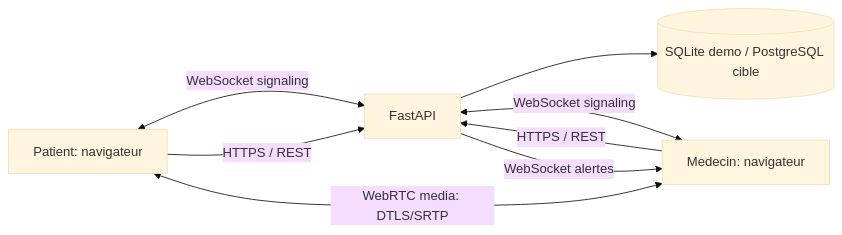
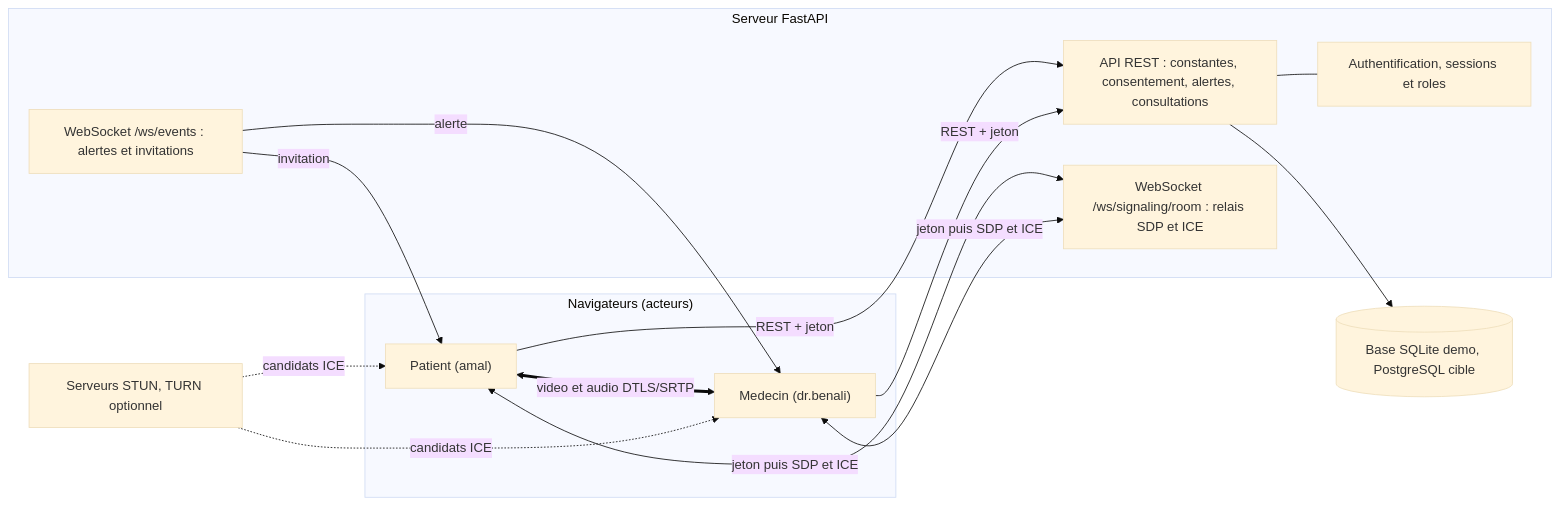
One commit to Marouan333/sahalink changed the first of 2 diagrams in docs/architecture.md. Above: the diagram before and after it, drawn with Mermaid (base theme). The commit also changed other lines of this file and 16 other files, not shown here.

````diff
--- a/docs/architecture.md
+++ b/docs/architecture.md
@@ -7,10 +9,27 @@
 ```mermaid
 flowchart LR
-  P[Patient: navigateur] -->|HTTPS / REST| API[FastAPI]
-  D[Medecin: navigateur] -->|HTTPS / REST| API
-  API --> DB[(SQLite demo / PostgreSQL cible)]
-  P <-->|WebRTC media: DTLS/SRTP| D
-  P <-->|WebSocket signaling| API
-  D <-->|WebSocket signaling| API
-  API -->|WebSocket alertes| D
+  subgraph Clients["Navigateurs (acteurs)"]
+    P["Patient (amal)"]
+    D["Medecin (dr.benali)"]
+  end
+  subgraph Serveur["Serveur FastAPI"]
+    API["API REST : constantes, consentement, alertes, consultations"]
+    AUTH["Authentification, sessions et roles"]
+    EV["WebSocket /ws/events : alertes et invitations"]
+    SIG["WebSocket /ws/signaling/room : relais SDP et ICE"]
+  end
+  DB[("Base SQLite demo, PostgreSQL cible")]
+  ICE["Serveurs STUN, TURN optionnel"]
+
+  P -->|"REST + jeton"| API
+  D -->|"REST + jeton"| API
+  API --- AUTH
+  API --> DB
+  EV -->|"alerte"| D
+  EV -->|"invitation"| P
+  P <-->|"jeton puis SDP et ICE"| SIG
+  D <-->|"jeton puis SDP et ICE"| SIG
+  P <==>|"video et audio DTLS/SRTP"| D
+  ICE -.->|"candidats ICE"| P
+  ICE -.->|"candidats ICE"| D
 ```
````
